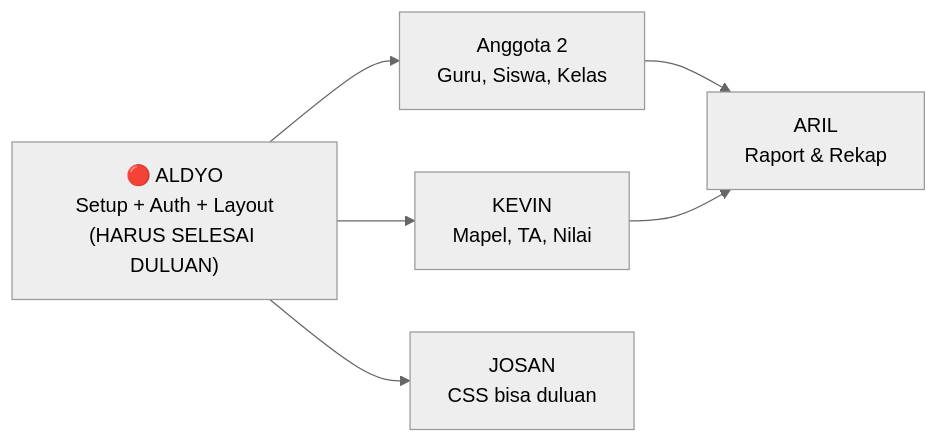
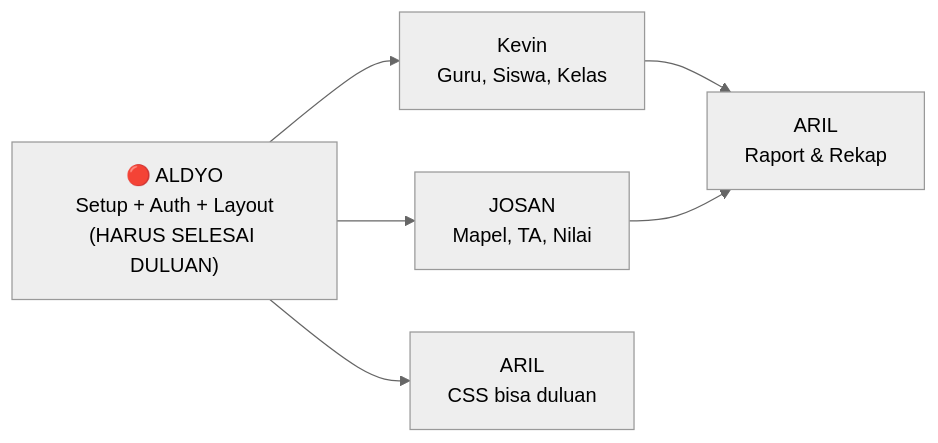
The second of 2 diagrams in Pembagian_Jobdesk.md (Aldyo-30/TR-PBP), drawn with Mermaid (neutral theme) before and after one commit.

````diff
--- a/Pembagian_Jobdesk.md
+++ b/Pembagian_Jobdesk.md
@@ -206,8 +206,8 @@
 ```mermaid
 graph LR
-    A1["🔴 ALDYO<br/>Setup + Auth + Layout<br/>(HARUS SELESAI DULUAN)"] --> A2["Anggota 2<br/>Guru, Siswa, Kelas"]
-    A1 --> A3["KEVIN<br/>Mapel, TA, Nilai"]
-    A1 --> A4["JOSAN<br/>CSS bisa duluan"]
+    A1["🔴 ALDYO<br/>Setup + Auth + Layout<br/>(HARUS SELESAI DULUAN)"] --> A2["Kevin<br/>Guru, Siswa, Kelas"]
+    A1 --> A3["JOSAN<br/>Mapel, TA, Nilai"]
+    A1 --> A4["ARIL<br/>CSS bisa duluan"]
     A2 --> A4b["ARIL<br/>Raport & Rekap"]
     A3 --> A4b
 ```
````
